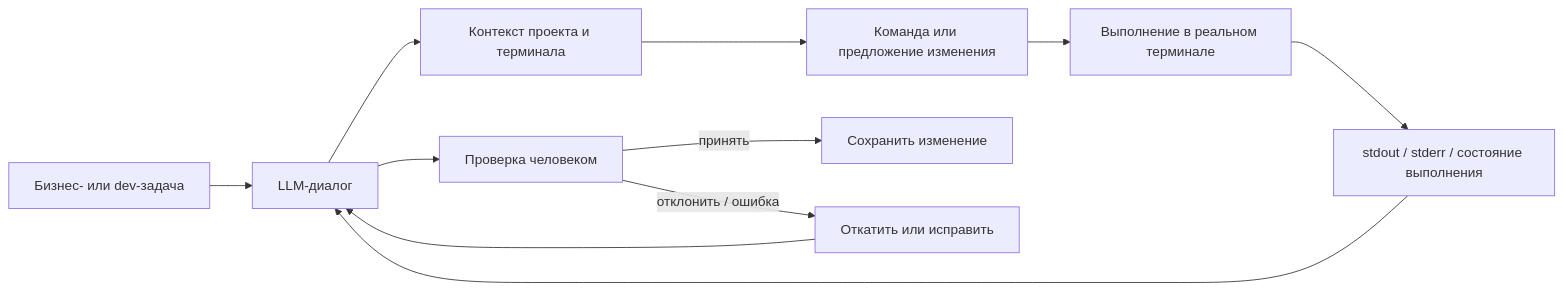
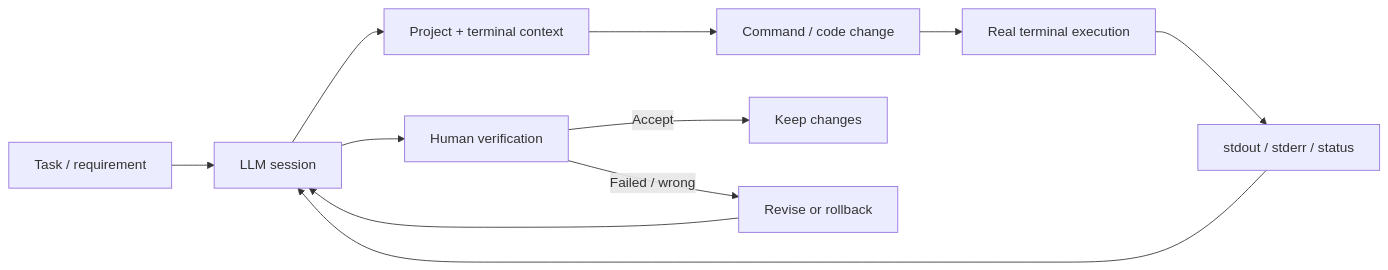
The diagram in README.ru.md (kat151599/AI_Development_Workbench), drawn with Mermaid before and after one commit. The commit also changed other lines of this file, not shown here.

````diff
--- a/README.ru.md
+++ b/README.ru.md
@@ -36,13 +59,13 @@
 ```mermaid
 flowchart LR
-    A[Бизнес- или dev-задача] --> B[LLM-диалог]
-    B --> C[Контекст проекта и терминала]
-    C --> D[Команда или предложение изменения]
-    D --> E[Выполнение в реальном терминале]
-    E --> F[stdout / stderr / состояние выполнения]
+    A[Task / requirement] --> B[LLM session]
+    B --> C[Project + terminal context]
+    C --> D[Command / code change]
+    D --> E[Real terminal execution]
+    E --> F[stdout / stderr / status]
     F --> B
-    B --> G[Проверка человеком]
-    G -->|принять| H[Сохранить изменение]
-    G -->|отклонить / ошибка| I[Откатить или исправить]
+    B --> G[Human verification]
+    G -->|Accept| H[Keep changes]
+    G -->|Failed / wrong| I[Revise or rollback]
     I --> B
 ```
````
